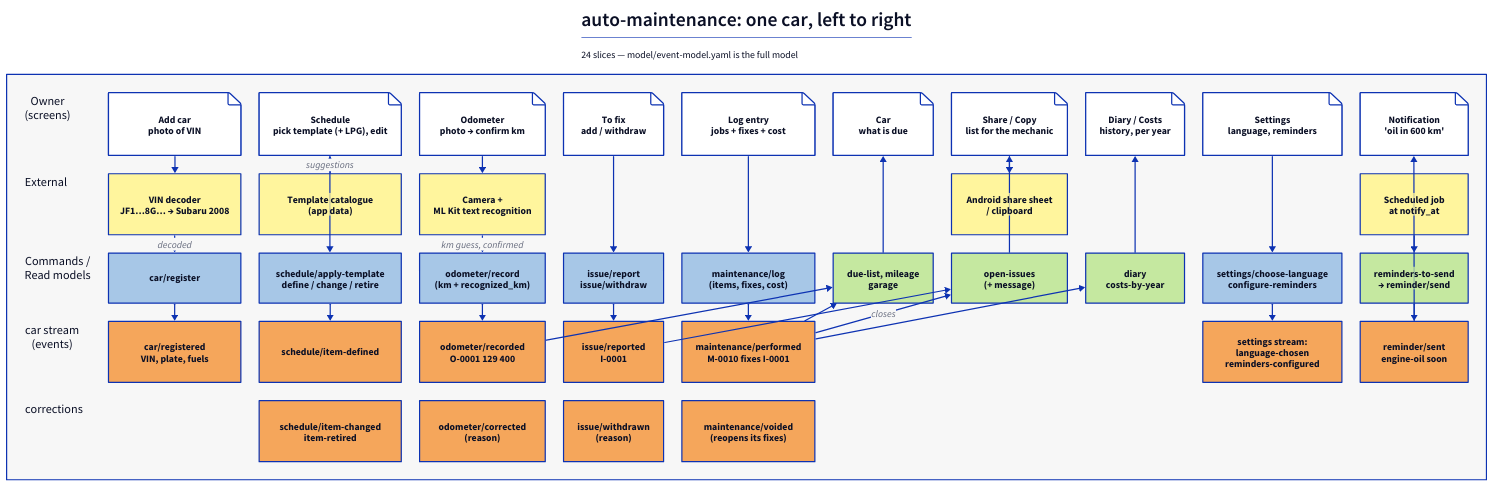
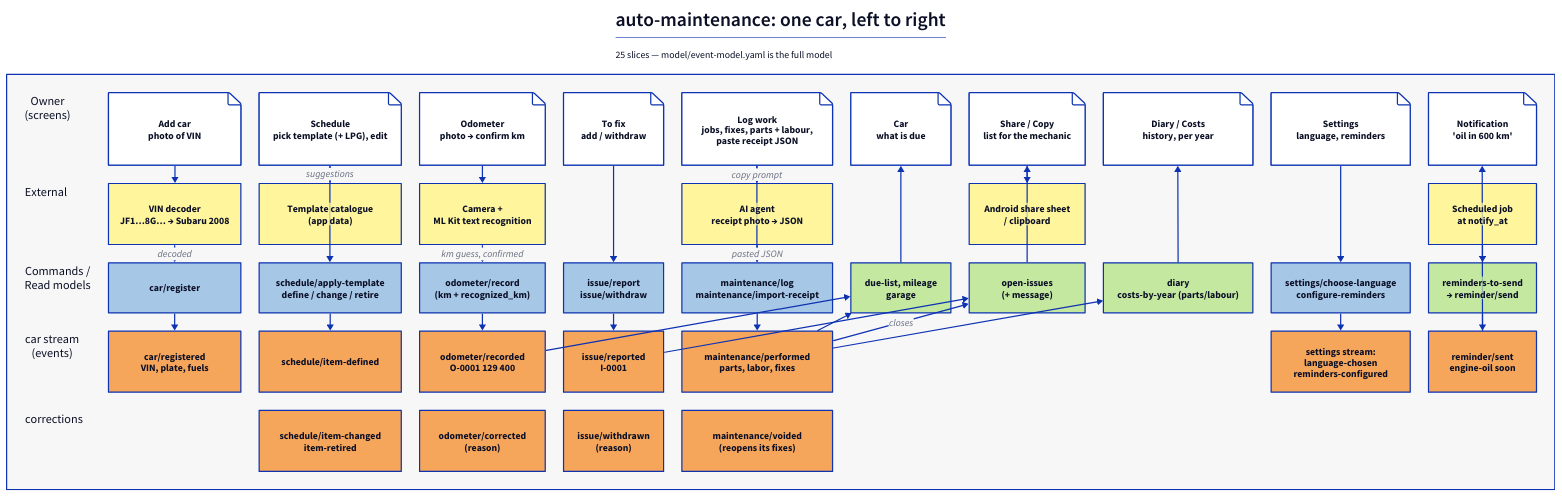
The diagram in model/event-model.d2 (avkoval/odo-and-wrench), drawn with D2 before and after one commit. The commit also changed 14 other files, not shown here.

Commit message:
Garage receipts: parts and labour lines, paste an AI-transcribed receipt (JSON), parts/labour costs; Camera or Gallery for every photo (D17-D20)

```diff
--- a/model/event-model.d2
+++ b/model/event-model.d2
@@ -1,100 +1,102 @@
 title: |md
   # auto-maintenance: one car, left to right
-  24 slices — model/event-model.yaml is the full model
+  25 slices — model/event-model.yaml is the full model
 | {near: top-center}
 
 model: {
   label: ""
   grid-rows: 5
   grid-columns: 11
   grid-gap: 30
   style.fill: "#F7F7F7"
 
   l0: "Owner\n(screens)" {shape: text; style.font-size: 20}
   s_garage: "Add car\nphoto of VIN" {style.fill: "#FFFFFF"; shape: page}
   s_sched: "Schedule\npick template (+ LPG), edit" {style.fill: "#FFFFFF"; shape: page}
   s_cap: "Odometer\nphoto → confirm km" {style.fill: "#FFFFFF"; shape: page}
   s_issue: "To fix\nadd / withdraw" {style.fill: "#FFFFFF"; shape: page}
-  s_log: "Log entry\njobs + fixes + cost" {style.fill: "#FFFFFF"; shape: page}
+  s_log: "Log work\njobs, fixes, parts + labour,\npaste receipt JSON" {style.fill: "#FFFFFF"; shape: page}
   s_car: "Car\nwhat is due" {style.fill: "#FFFFFF"; shape: page}
   s_share: "Share / Copy\nlist for the mechanic" {style.fill: "#FFFFFF"; shape: page}
   s_diary: "Diary / Costs\nhistory, per year" {style.fill: "#FFFFFF"; shape: page}
   s_settings: "Settings\nlanguage, reminders" {style.fill: "#FFFFFF"; shape: page}
   s_notif: "Notification\n'oil in 600 km'" {style.fill: "#FFFFFF"; shape: page}
 
   l1: "External" {shape: text; style.font-size: 20}
   x_vin: "VIN decoder\nJF1…8G… → Subaru 2008" {style.fill: "#FFF59D"}
   x_tpl: "Template catalogue\n(app data)" {style.fill: "#FFF59D"}
   x_ocr: "Camera +\nML Kit text recognition" {style.fill: "#FFF59D"}
   g1: "" {style.opacity: 0}
-  g2: "" {style.opacity: 0}
+  x_ai: "AI agent\nreceipt photo → JSON" {style.fill: "#FFF59D"}
   g3: "" {style.opacity: 0}
   x_share: "Android share sheet\n/ clipboard" {style.fill: "#FFF59D"}
   g4: "" {style.opacity: 0}
   g5: "" {style.opacity: 0}
   x_tick: "Scheduled job\nat notify_at" {style.fill: "#FFF59D"}
 
   l2: "Commands /\nRead models" {shape: text; style.font-size: 20}
   c_reg: "car/register" {style.fill: "#A7C7E7"}
   c_def: "schedule/apply-template\ndefine / change / retire" {style.fill: "#A7C7E7"}
   c_odo: "odometer/record\n(km + recognized_km)" {style.fill: "#A7C7E7"}
   c_issue: "issue/report\nissue/withdraw" {style.fill: "#A7C7E7"}
-  c_log: "maintenance/log\n(items, fixes, cost)" {style.fill: "#A7C7E7"}
+  c_log: "maintenance/log\nmaintenance/import-receipt" {style.fill: "#A7C7E7"}
   rm_due: "due-list, mileage\ngarage" {style.fill: "#C5E8A0"}
   rm_issues: "open-issues\n(+ message)" {style.fill: "#C5E8A0"}
-  rm_diary: "diary\ncosts-by-year" {style.fill: "#C5E8A0"}
+  rm_diary: "diary\ncosts-by-year (parts/labour)" {style.fill: "#C5E8A0"}
   c_set: "settings/choose-language\nconfigure-reminders" {style.fill: "#A7C7E7"}
   rm_rem: "reminders-to-send\n→ reminder/send" {style.fill: "#C5E8A0"}
 
   l3: "car stream\n(events)" {shape: text; style.font-size: 20}
   e_reg: "car/registered\nVIN, plate, fuels" {style.fill: "#F5A65B"}
   e_def: "schedule/item-defined" {style.fill: "#F5A65B"}
   e_odo: "odometer/recorded\nO-0001 129 400" {style.fill: "#F5A65B"}
   e_issue: "issue/reported\nI-0001" {style.fill: "#F5A65B"}
-  e_log: "maintenance/performed\nM-0010 fixes I-0001" {style.fill: "#F5A65B"}
+  e_log: "maintenance/performed\nparts, labor, fixes" {style.fill: "#F5A65B"}
   g6: "" {style.opacity: 0}
   g7: "" {style.opacity: 0}
   g8: "" {style.opacity: 0}
   e_set: "settings stream:\nlanguage-chosen\nreminders-configured" {style.fill: "#F5A65B"}
   e_rem: "reminder/sent\nengine-oil soon" {style.fill: "#F5A65B"}
 
   l4: "corrections" {shape: text; style.font-size: 20}
   g10: "" {style.opacity: 0}
   e_chg: "schedule/item-changed\nitem-retired" {style.fill: "#F5A65B"}
   e_corr: "odometer/corrected\n(reason)" {style.fill: "#F5A65B"}
   e_wd: "issue/withdrawn\n(reason)" {style.fill: "#F5A65B"}
   e_void: "maintenance/voided\n(reopens its fixes)" {style.fill: "#F5A65B"}
   g11: "" {style.opacity: 0}
   g12: "" {style.opacity: 0}
   g13: "" {style.opacity: 0}
   g14: "" {style.opacity: 0}
   g15: "" {style.opacity: 0}
 }
 
 model.s_garage -> model.x_vin
 model.x_vin -> model.c_reg: decoded
 model.c_reg -> model.e_reg
 model.x_tpl -> model.s_sched: suggestions
 model.s_sched -> model.c_def
 model.c_def -> model.e_def
 model.s_cap -> model.x_ocr
 model.x_ocr -> model.c_odo: km guess, confirmed
 model.c_odo -> model.e_odo
 model.s_issue -> model.c_issue
 model.c_issue -> model.e_issue
+model.s_log -> model.x_ai: copy prompt
+model.x_ai -> model.c_log: pasted JSON
 model.s_log -> model.c_log
 model.c_log -> model.e_log
 model.e_odo -> model.rm_due
 model.e_log -> model.rm_due
 model.e_issue -> model.rm_issues
 model.e_log -> model.rm_issues: closes
 model.rm_due -> model.s_car
 model.rm_issues -> model.s_share
 model.s_share -> model.x_share
 model.e_log -> model.rm_diary
 model.rm_diary -> model.s_diary
 model.s_settings -> model.c_set
 model.c_set -> model.e_set
 model.x_tick -> model.rm_rem
 model.rm_rem -> model.e_rem
 model.e_rem -> model.s_notif
```
